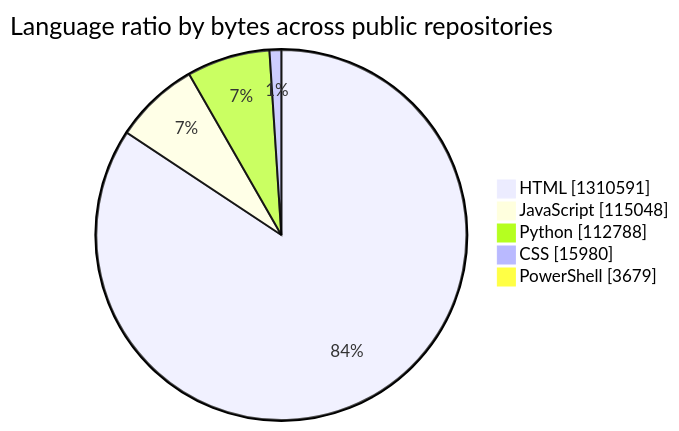
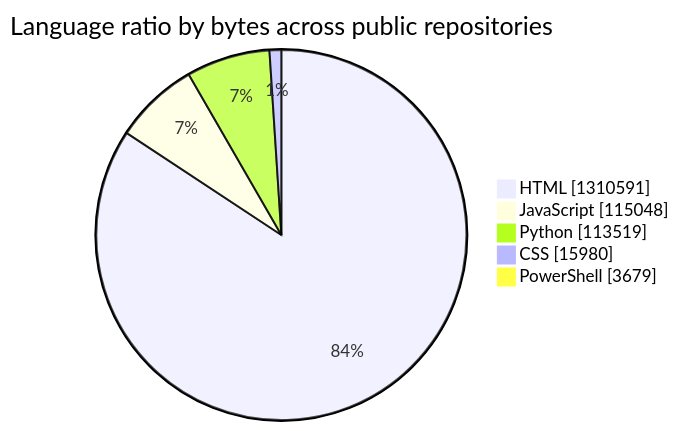
Before and after one commit to tchinso/tchinso: the first of 2 diagrams in README.md, drawn with Mermaid. The commit also changed other lines of this file, not shown here.

````diff
--- a/README.md
+++ b/README.md
@@ -22,9 +22,9 @@
 ```mermaid
 pie showData
     title Language ratio by bytes across public repositories
     "HTML" : 1310591
     "JavaScript" : 115048
-    "Python" : 112788
+    "Python" : 113519
     "CSS" : 15980
     "PowerShell" : 3679
 ```
````
